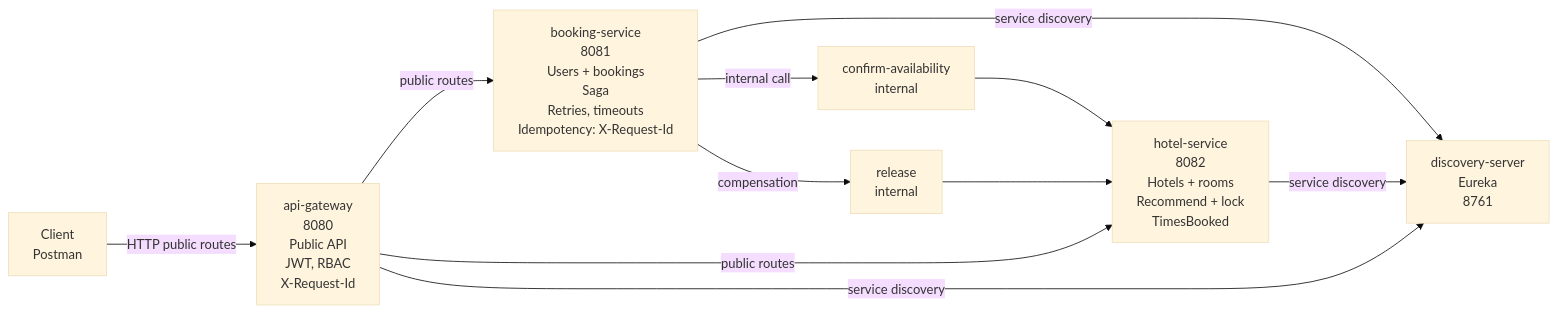
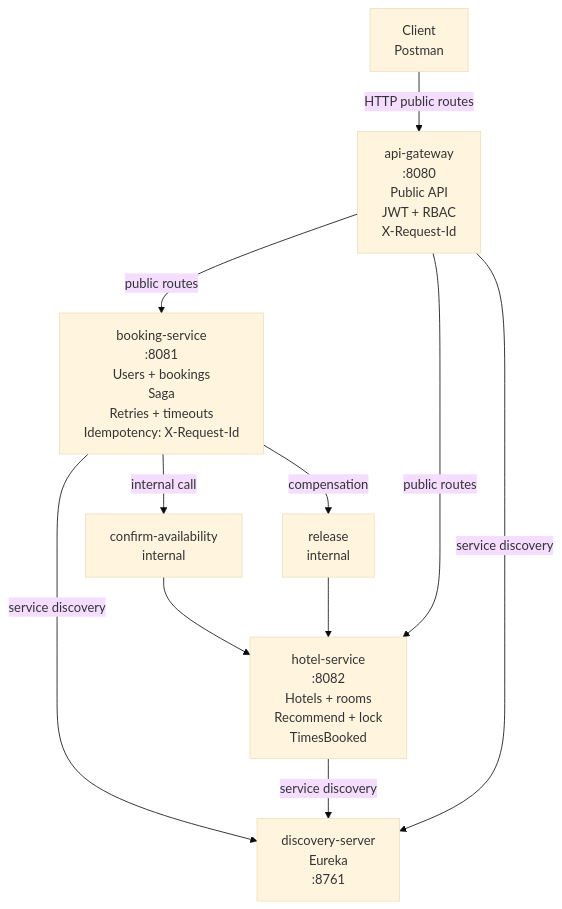
The diagram in README.md (amasovich/hotel-booking-system), drawn with Mermaid (base theme) before and after one commit.

````diff
--- a/README.md
+++ b/README.md
@@ -40,23 +40,26 @@
 ```mermaid
-flowchart LR
-  Client["Client\nPostman"] 
-  E["discovery-server\nEureka\n8761"]
-  G["api-gateway\n8080\nPublic API\nJWT, RBAC\nX-Request-Id"]
-  B["booking-service\n8081\nUsers + bookings\nSaga\nRetries, timeouts\nIdempotency: X-Request-Id"]
-  H["hotel-service\n8082\nHotels + rooms\nRecommend + lock\nTimesBooked"]
+flowchart TB
+  %% --- Nodes ---
+  Client["Client<br/>Postman"] 
+  E["discovery-server<br/>Eureka<br/>:8761"]
+  G["api-gateway<br/>:8080<br/>Public API<br/>JWT + RBAC<br/>X-Request-Id"]
+  B["booking-service<br/>:8081<br/>Users + bookings<br/>Saga<br/>Retries + timeouts<br/>Idempotency: X-Request-Id"]
+  H["hotel-service<br/>:8082<br/>Hotels + rooms<br/>Recommend + lock<br/>TimesBooked"]
 
-  I1["confirm-availability\ninternal"]
-  I2["release\ninternal"]
+  C["confirm-availability<br/>internal"]
+  R["release<br/>internal"]
 
+  %% --- Public flow ---
   Client -->|HTTP public routes| G
-
   G -->|public routes| B
   G -->|public routes| H
 
+  %% --- Service discovery ---
   G -->|service discovery| E
   B -->|service discovery| E
   H -->|service discovery| E
 
-  B -->|internal call| I1 --> H
-  B -->|compensation| I2 --> H
+  %% --- Saga internal calls ---
+  B -->|internal call| C --> H
+  B -->|compensation| R --> H
 ```
````
